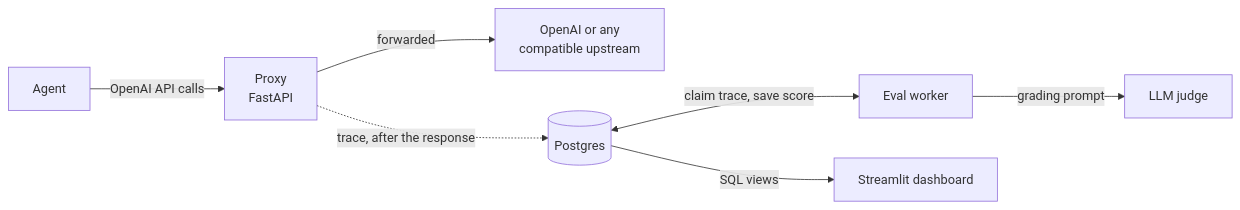
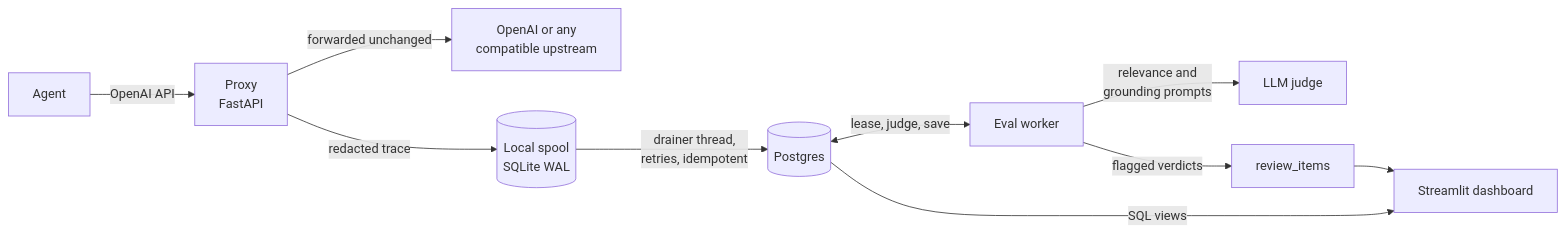
The diagram in README.md (Bala-vikram8/Agent-Eval-Proxy), drawn with Mermaid before and after one commit. The commit also changed other lines of this file and 1 other file, not shown here.

````diff
--- a/README.md
+++ b/README.md
@@ -13,9 +24,12 @@
 ```mermaid
 flowchart LR
-    A[Agent] -->|OpenAI API calls| P[Proxy<br/>FastAPI]
-    P -->|forwarded| U[OpenAI or any<br/>compatible upstream]
-    P -.->|trace, after the response| DB[(Postgres)]
-    DB <-->|claim trace, save score| W[Eval worker]
-    W -->|grading prompt| J[LLM judge]
+    A[Agent] -->|OpenAI API| P[Proxy<br/>FastAPI]
+    P -->|forwarded unchanged| U[OpenAI or any<br/>compatible upstream]
+    P -->|redacted trace| S[(Local spool<br/>SQLite WAL)]
+    S -->|drainer thread,<br/>retries, idempotent| DB[(Postgres)]
+    DB <-->|lease, judge, save| W[Eval worker]
+    W -->|relevance and<br/>grounding prompts| J[LLM judge]
+    W -->|flagged verdicts| R[review_items]
     DB -->|SQL views| D[Streamlit dashboard]
+    R --> D
 ```
````
